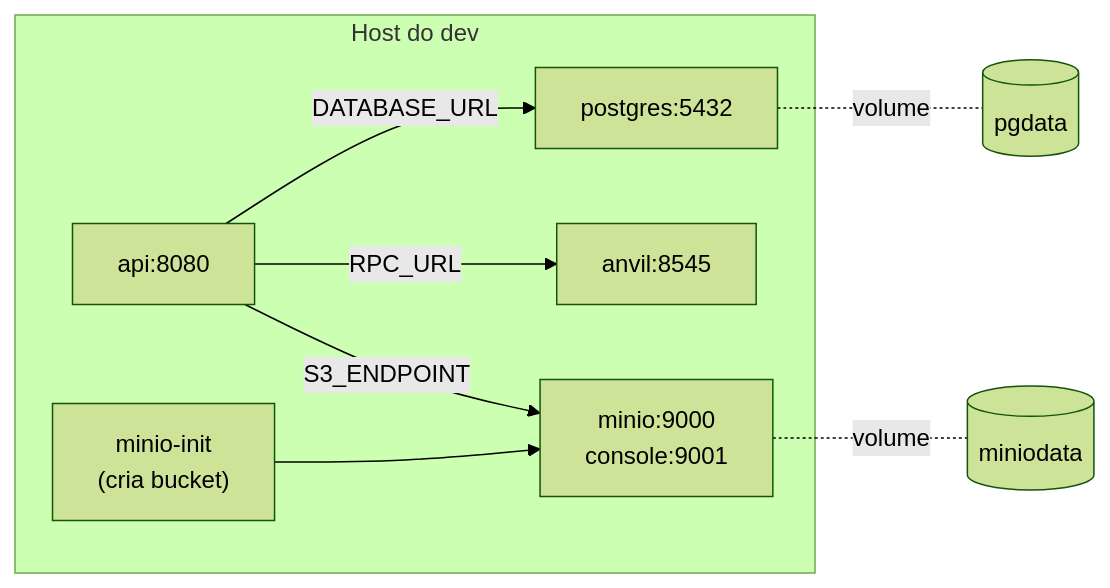
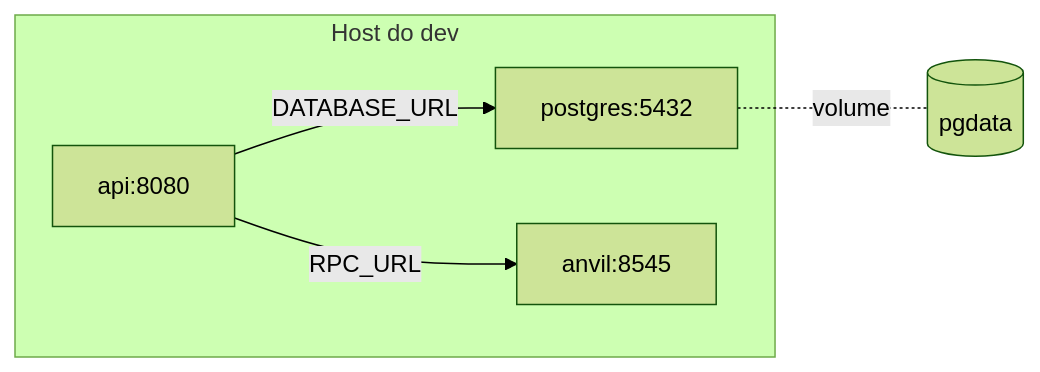
The fifth of 5 diagrams in docs/ARCHITECTURE.md (waizbart/aletheia-api), drawn with Mermaid (forest theme) before and after one commit. The commit also changed other lines of this file and 4 other files, not shown here.

````diff
--- a/docs/ARCHITECTURE.md
+++ b/docs/ARCHITECTURE.md
@@ -161,18 +159,13 @@
 ```mermaid
 flowchart LR
     subgraph Host["Host do dev"]
         API_C["api:8080"]
         PG_C["postgres:5432"]
         ANVIL_C["anvil:8545"]
-        MINIO_C["minio:9000<br/>console:9001"]
-        INIT["minio-init<br/>(cria bucket)"]
     end
 
     API_C -- DATABASE_URL --> PG_C
     API_C -- RPC_URL --> ANVIL_C
-    API_C -- S3_ENDPOINT --> MINIO_C
-    INIT --> MINIO_C
 
     PG_C -. volume .- VOL1[("pgdata")]
-    MINIO_C -. volume .- VOL2[("miniodata")]
 ```
````
